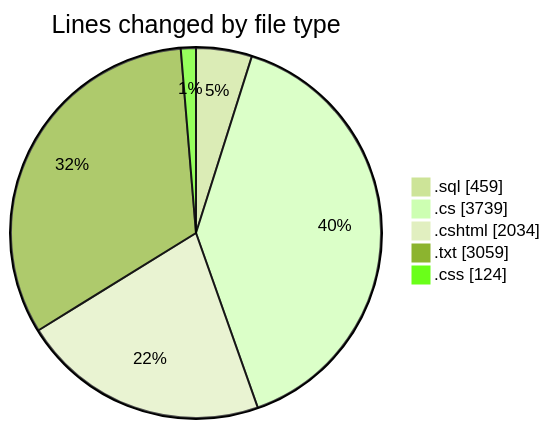
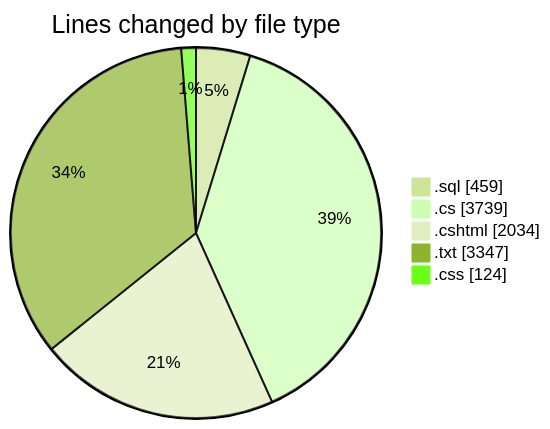
Before and after one commit to lephambinh05/code-tracking: the first of 2 diagrams in 2025-07-23/quanlyrapchieuphim/README.md, drawn with Mermaid (forest theme). The commit also changed other lines of this file and 1 other file, not shown here.

````diff
--- a/2025-07-23/quanlyrapchieuphim/README.md
+++ b/2025-07-23/quanlyrapchieuphim/README.md
@@ -34,9 +34,9 @@
 ```mermaid
 pie showData
 title Lines changed by file type
 ".sql" : 459
 ".cs" : 3739
 ".cshtml" : 2034
-".txt" : 3059
+".txt" : 3347
 ".css" : 124
 ```
````
